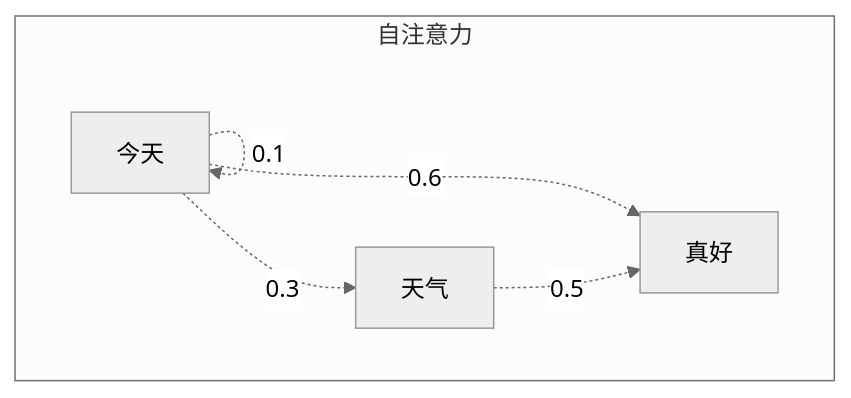
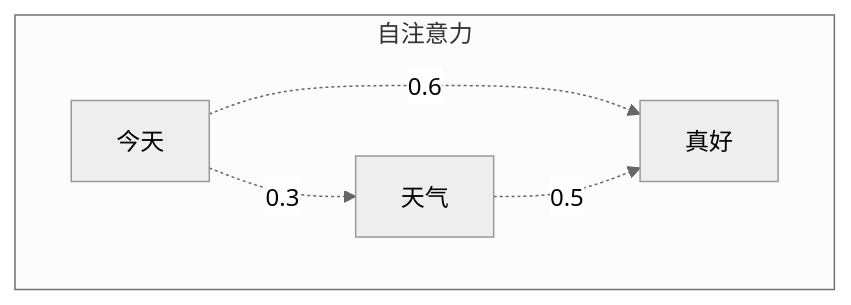
Before and after one commit to reallyhwc/ans-ai-auto-notes: the second of 2 diagrams in kb/技术/AI/demo-ai-basics.md, drawn with Mermaid (neutral theme). The commit also changed other lines of this file, not shown here.

Commit message:
fix: mermaid syntax errors in demo note - quote wrapping and subgraph ID

````diff
--- a/kb/技术/AI/demo-ai-basics.md
+++ b/kb/技术/AI/demo-ai-basics.md
@@ -56,9 +56,8 @@
 ```mermaid
 graph TD
-    subgraph 自注意力
-        W1[今天] -.->|0.1| W1
-        W1 -.->|0.3| W2[天气]
+    subgraph SelfAttention[自注意力]
+        W1[今天] -.->|0.3| W2[天气]
         W1 -.->|0.6| W3[真好]
         W2 -.->|0.5| W3
     end
 ```
````
